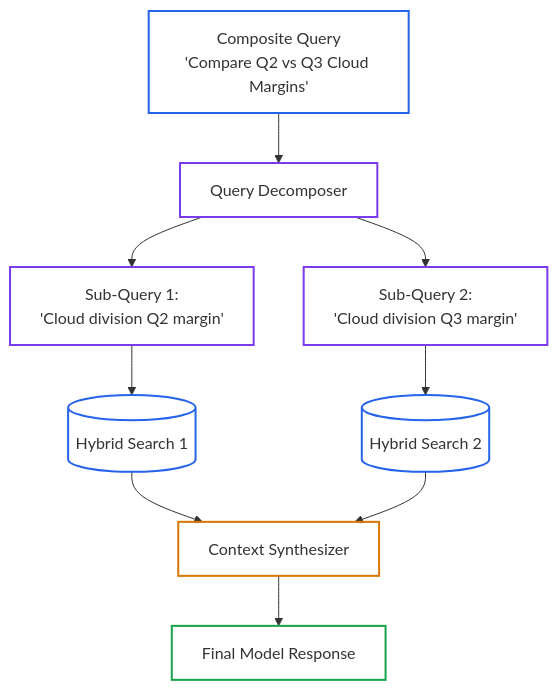
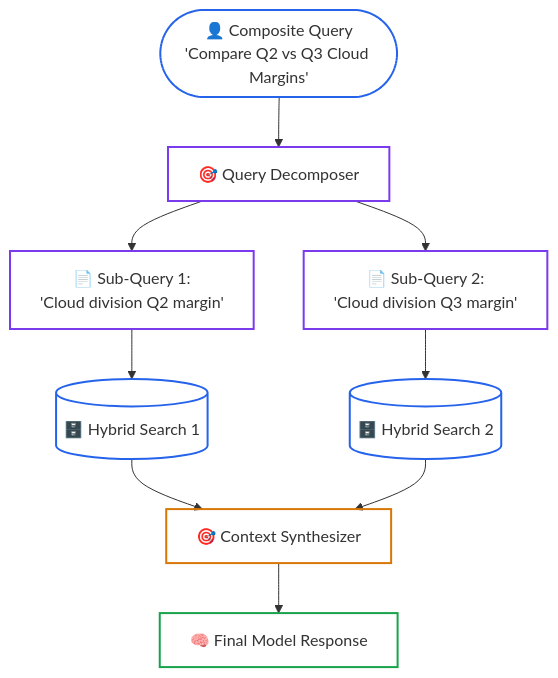
One commit to dip4k/senior-engineer-to-ai-engineer-roadmap changed the second of 3 diagrams in 02-rag-and-knowledge-systems/07-query-planning-adaptive-routing-and-crag.md. Above: the diagram before and after it, drawn with Mermaid. The commit also changed other lines of this file and 39 other files, not shown here.

First line of the commit message:
feat(curriculum): upgrade mermaid diagrams with unicode icons & codify anti-bloat layout rules

````diff
--- a/02-rag-and-knowledge-systems/07-query-planning-adaptive-routing-and-crag.md
+++ b/02-rag-and-knowledge-systems/07-query-planning-adaptive-routing-and-crag.md
@@ -111,20 +109,20 @@
 ```mermaid
 flowchart TD
-    CQ["Composite Query<br>'Compare Q2 vs Q3 Cloud Margins'"] --> PLAN["Query Decomposer"]
-    PLAN --> SQ1["Sub-Query 1:<br>'Cloud division Q2 margin'"]
-    PLAN --> SQ2["Sub-Query 2:<br>'Cloud division Q3 margin'"]
-    SQ1 --> RET1[("Hybrid Search 1")]
-    SQ2 --> RET2[("Hybrid Search 2")]
-    RET1 --> FUSE["Context Synthesizer"]
+    CQ(["👤 Composite Query<br>'Compare Q2 vs Q3 Cloud Margins'"]) --> PLAN["🎯 Query Decomposer"]
+    PLAN --> SQ1["📄 Sub-Query 1:<br>'Cloud division Q2 margin'"]
+    PLAN --> SQ2["📄 Sub-Query 2:<br>'Cloud division Q3 margin'"]
+    SQ1 --> RET1[("🗄️ Hybrid Search 1")]
+    SQ2 --> RET2[("🗄️ Hybrid Search 2")]
+    RET1 --> FUSE["🎯 Context Synthesizer"]
     RET2 --> FUSE
-    FUSE --> GEN["Final Model Response"]
+    FUSE --> GEN["🧠 Final Model Response"]
 
     style CQ stroke:#2563eb,stroke-width:2px,fill:none
     style PLAN stroke:#7c3aed,stroke-width:2px,fill:none
     style SQ1 stroke:#7c3aed,stroke-width:2px,fill:none
     style SQ2 stroke:#7c3aed,stroke-width:2px,fill:none
     style RET1 stroke:#2563eb,stroke-width:2px,fill:none
     style RET2 stroke:#2563eb,stroke-width:2px,fill:none
     style FUSE stroke:#d97706,stroke-width:2px,fill:none
     style GEN stroke:#16a34a,stroke-width:2px,fill:none
 ```
````
